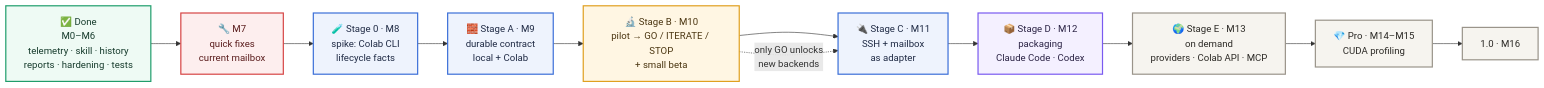
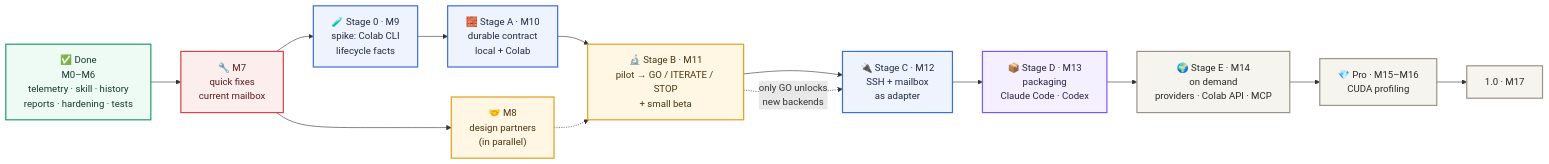
One commit to SergeyChere/MeetProxy changed the diagram in ROADMAP.md. Above: the diagram before and after it, drawn with Mermaid. The commit also changed other lines of this file and 3 other files, not shown here.

````diff
--- a/ROADMAP.md
+++ b/ROADMAP.md
@@ -9,28 +9,31 @@
 ```mermaid
 flowchart LR
     D["✅ Done<br/>M0–M6<br/>telemetry · skill · history<br/>reports · hardening · tests"]
     Q["🔧 M7<br/>quick fixes<br/>current mailbox"]
-    S0["🧪 Stage 0 · M8<br/>spike: Colab CLI<br/>lifecycle facts"]
-    A["🧱 Stage A · M9<br/>durable contract<br/>local + Colab"]
-    B["🔬 Stage B · M10<br/>pilot → GO / ITERATE / STOP<br/>+ small beta"]
-    C["🔌 Stage C · M11<br/>SSH + mailbox<br/>as adapter"]
-    DD["📦 Stage D · M12<br/>packaging<br/>Claude Code · Codex"]
-    E["🌍 Stage E · M13<br/>on demand<br/>providers · Colab API · MCP"]
-    PRO["💎 Pro · M14–M15<br/>CUDA profiling"]
-    V1["1.0 · M16"]
-    D --> Q --> S0 --> A --> B --> C --> DD --> E --> PRO --> V1
+    DP["🤝 M8<br/>design partners<br/>(in parallel)"]
+    S0["🧪 Stage 0 · M9<br/>spike: Colab CLI<br/>lifecycle facts"]
+    A["🧱 Stage A · M10<br/>durable contract<br/>local + Colab"]
+    B["🔬 Stage B · M11<br/>pilot → GO / ITERATE / STOP<br/>+ small beta"]
+    C["🔌 Stage C · M12<br/>SSH + mailbox<br/>as adapter"]
+    DD["📦 Stage D · M13<br/>packaging<br/>Claude Code · Codex"]
+    E["🌍 Stage E · M14<br/>on demand<br/>providers · Colab API · MCP"]
+    PRO["💎 Pro · M15–M16<br/>CUDA profiling"]
+    V1["1.0 · M17"]
+    D --> Q --> S0 --> A --> B
+    Q --> DP -.-> B --> C --> DD --> E --> PRO --> V1
     B -. "only GO unlocks<br/>new backends" .-> C
 
     classDef done fill:#eefaf4,stroke:#1f9d6b,stroke-width:2px,color:#163b2c
     classDef fix fill:#fdeeee,stroke:#d64545,stroke-width:2px,color:#5a1d1d
     classDef core fill:#eef3fd,stroke:#3b6fd8,stroke-width:2px,color:#1f2a44
     classDef prove fill:#fff6e3,stroke:#e0a020,stroke-width:2px,color:#4a3510
     classDef rel fill:#f4f0ff,stroke:#7a5af0,stroke-width:2px,color:#2a2244
     classDef later fill:#f6f4ef,stroke:#9a948a,stroke-width:2px,color:#2b2925
     class D done
     class Q fix
     class S0,A,C core
+    class DP prove
     class B prove
     class DD rel
     class E,PRO,V1 later
 ```
````
